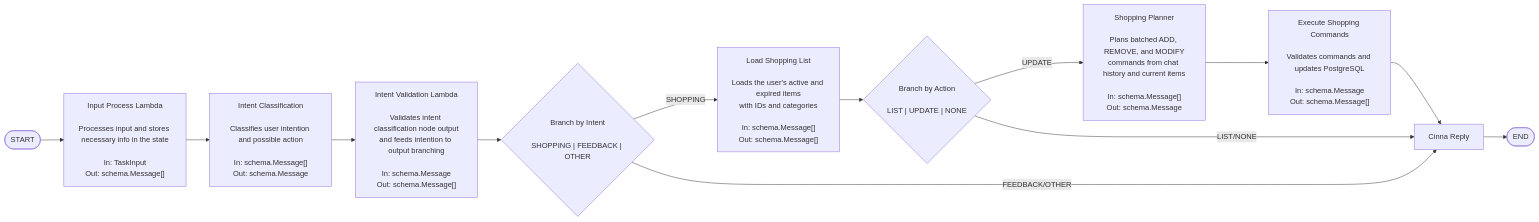
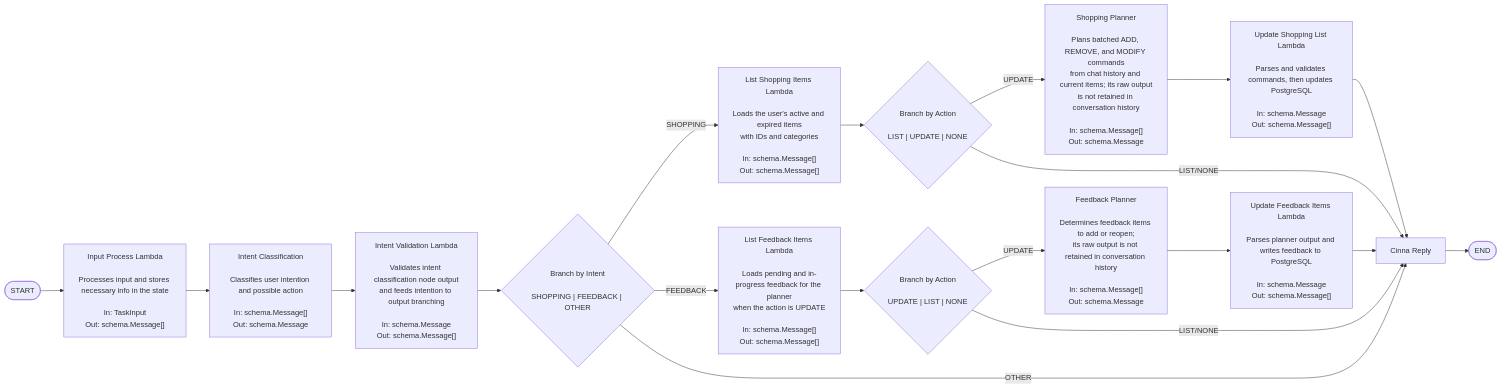
Before and after one commit to akane9506/cinna: the diagram in README.md, drawn with Mermaid. The commit also changed other lines of this file and 1 other file, not shown here.

````diff
--- a/README.md
+++ b/README.md
@@ -18,24 +19,35 @@
 ```mermaid
 flowchart LR
     Start([START]) --> InputProcessLambda["Input Process Lambda<br/><br/>Processes input and stores necessary info in the state<br/><br/>In: TaskInput<br/>Out: schema.Message[]"]
 
     InputProcessLambda --> IntentClassifier["Intent Classification<br/><br/>Classifies user intention and possible action<br/><br/>In: schema.Message[]<br/>Out: schema.Message"]
 
     IntentClassifier --> IntentLambda["Intent Validation Lambda<br/><br/>Validates intent classification node output<br/>and feeds intention to output branching<br/><br/>In: schema.Message<br/>Out: schema.Message[]"]
 
     IntentLambda --> IntentRouter{"Branch by Intent<br/><br/>SHOPPING | FEEDBACK | OTHER"}
 
-    IntentRouter -- SHOPPING --> ListLambda["Load Shopping List<br/><br/>Loads the user's active and expired items<br/>with IDs and categories<br/><br/>In: schema.Message[]<br/>Out: schema.Message[]"]
+    IntentRouter -- SHOPPING --> ListLambda["List Shopping Items Lambda<br/><br/>Loads the user's active and expired items<br/>with IDs and categories<br/><br/>In: schema.Message[]<br/>Out: schema.Message[]"]
 
     ListLambda --> ActionRouter{"Branch by Action<br/><br/>LIST | UPDATE | NONE"}
 
-    ActionRouter -- UPDATE --> ShoppingPlanner["Shopping Planner<br/><br/>Plans batched ADD, REMOVE, and MODIFY<br/>commands from chat history and current items<br/><br/>In: schema.Message[]<br/>Out: schema.Message"]
+    ActionRouter -- UPDATE --> ShoppingPlanner["Shopping Planner<br/><br/>Plans batched ADD, REMOVE, and MODIFY commands<br/>from chat history and current items; its raw output<br/>is not retained in conversation history<br/><br/>In: schema.Message[]<br/>Out: schema.Message"]
 
-    ShoppingPlanner --> ShoppingExecutor["Execute Shopping Commands<br/><br/>Validates commands and updates PostgreSQL<br/><br/>In: schema.Message<br/>Out: schema.Message[]"]
+    ShoppingPlanner --> ShoppingExecutor["Update Shopping List Lambda<br/><br/>Parses and validates commands, then updates PostgreSQL<br/><br/>In: schema.Message<br/>Out: schema.Message[]"]
 
     ShoppingExecutor --> CinnaReply["Cinna Reply"]
     ActionRouter -- LIST/NONE --> CinnaReply
-    IntentRouter -- FEEDBACK/OTHER --> CinnaReply
+
+    IntentRouter -- FEEDBACK --> FeedbackListLambda["List Feedback Items Lambda<br/><br/>Loads pending and in-progress feedback for the planner<br/>when the action is UPDATE<br/><br/>In: schema.Message[]<br/>Out: schema.Message[]"]
+
+    FeedbackListLambda --> FeedbackActionRouter{"Branch by Action<br/><br/>UPDATE | LIST | NONE"}
+
+    FeedbackActionRouter -- UPDATE --> FeedbackPlanner["Feedback Planner<br/><br/>Determines feedback items to add or reopen;<br/>its raw output is not retained in conversation history<br/><br/>In: schema.Message[]<br/>Out: schema.Message"]
+
+    FeedbackPlanner --> FeedbackExecutor["Update Feedback Items Lambda<br/><br/>Parses planner output and writes feedback to PostgreSQL<br/><br/>In: schema.Message<br/>Out: schema.Message[]"]
+
+    FeedbackExecutor --> CinnaReply
+    FeedbackActionRouter -- LIST/NONE --> CinnaReply
+    IntentRouter -- OTHER --> CinnaReply
 
     CinnaReply --> End([END])
 ```
````
